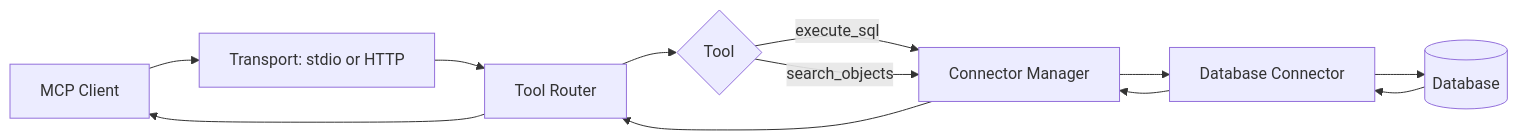
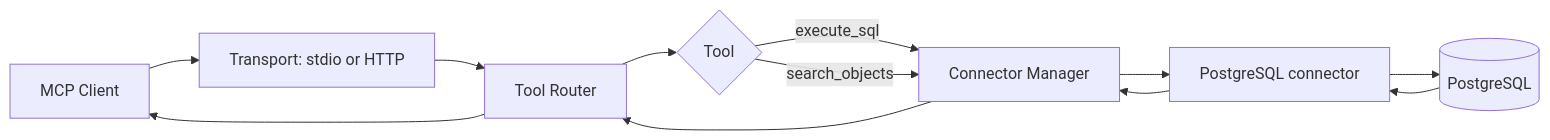
Before and after one commit to ajgreyling/electric-elephant: the first of 2 diagrams in README.md, drawn with Mermaid. The commit also changed other lines of this file and 3 other files, not shown here.

First line of the commit message:
docs: clarify PostgreSQL support in README and documentation

````diff
--- a/README.md
+++ b/README.md
@@ -44,11 +44,11 @@
 ```mermaid
 flowchart LR
     A[MCP Client] --> B[Transport: stdio or HTTP]
     B --> C[Tool Router]
     C --> D{Tool}
     D -->|execute_sql| E[Connector Manager]
     D -->|search_objects| E
-    E --> F[Database Connector]
-    F --> G[(Database)]
+    E --> F[PostgreSQL connector]
+    F --> G[(PostgreSQL)]
     G --> F --> E --> C --> A
 ```
````
